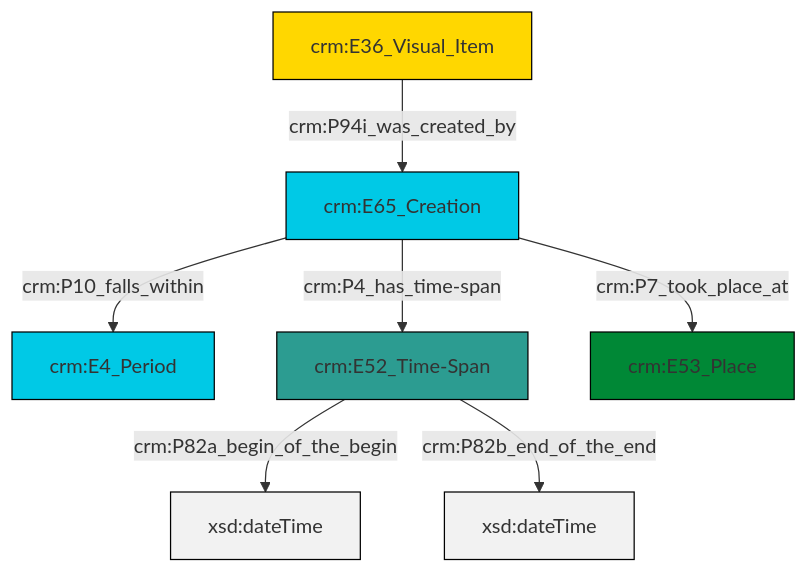
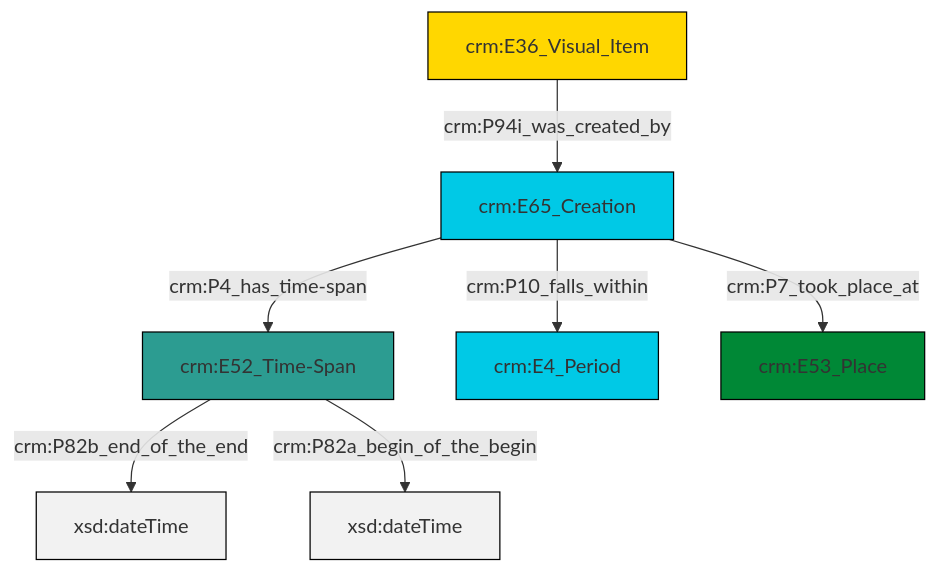
The diagram in et/imgCSV/ttl/mmd/img_existence.ttl.mmd (swiss-art-research-net/docs.swissartresearch), drawn with Mermaid before and after one commit. The commit also changed 179 other files, not shown here.

```diff
--- a/et/imgCSV/ttl/mmd/img_existence.ttl.mmd
+++ b/et/imgCSV/ttl/mmd/img_existence.ttl.mmd
@@ -1,21 +1,21 @@
 graph TD
 classDef Literal fill:#f2f2f2,stroke:#000000;
 classDef CRM_Entity fill:#FFFFFF,stroke:#000000;
 classDef Temporal_Entity fill:#00C9E6, stroke:#000000;
 classDef Type fill:#E18312, stroke:#000000;
 classDef Time-Span fill:#2C9C91, stroke:#000000;
 classDef Appellation fill:#FFEB7F, stroke:#000000;
 classDef Place fill:#008836, stroke:#000000;
 classDef Persistent_Item fill:#B266B2, stroke:#000000;
 classDef Conceptual_Object fill:#FFD700, stroke:#000000;
 classDef Physical_Thing fill:#D2B48C, stroke:#000000;
 classDef Actor fill:#f58aad, stroke:#000000;
 classDef PC_Classes fill:#4ce600, stroke:#000000;
 classDef Multi fill:#cccccc,stroke:#000000;
 
-4["crm:E52_Time-Span"]:::Time-Span -->|crm:P82a_begin_of_the_begin| 6[xsd:dateTime]:::Literal
-7["crm:E65_Creation"]:::Temporal_Entity -->|crm:P4_has_time-span| 4["crm:E52_Time-Span"]:::Time-Span
-7["crm:E65_Creation"]:::Temporal_Entity -->|crm:P10_falls_within| 0["crm:E4_Period"]:::Temporal_Entity
-2["crm:E36_Visual_Item"]:::Conceptual_Object -->|crm:P94i_was_created_by| 7["crm:E65_Creation"]:::Temporal_Entity
-4["crm:E52_Time-Span"]:::Time-Span -->|crm:P82b_end_of_the_end| 11[xsd:dateTime]:::Literal
-7["crm:E65_Creation"]:::Temporal_Entity -->|crm:P7_took_place_at| 9["crm:E53_Place"]:::Place
+0["crm:E36_Visual_Item"]:::Conceptual_Object -->|crm:P94i_was_created_by| 1["crm:E65_Creation"]:::Temporal_Entity
+2["crm:E52_Time-Span"]:::Time-Span -->|crm:P82b_end_of_the_end| 3[xsd:dateTime]:::Literal
+1["crm:E65_Creation"]:::Temporal_Entity -->|crm:P10_falls_within| 5["crm:E4_Period"]:::Temporal_Entity
+2["crm:E52_Time-Span"]:::Time-Span -->|crm:P82a_begin_of_the_begin| 9[xsd:dateTime]:::Literal
+1["crm:E65_Creation"]:::Temporal_Entity -->|crm:P7_took_place_at| 10["crm:E53_Place"]:::Place
+1["crm:E65_Creation"]:::Temporal_Entity -->|crm:P4_has_time-span| 2["crm:E52_Time-Span"]:::Time-Span
```
